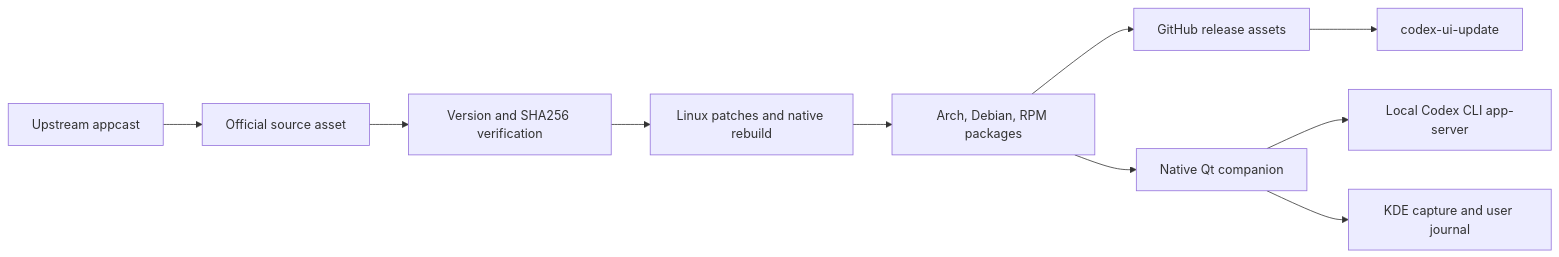
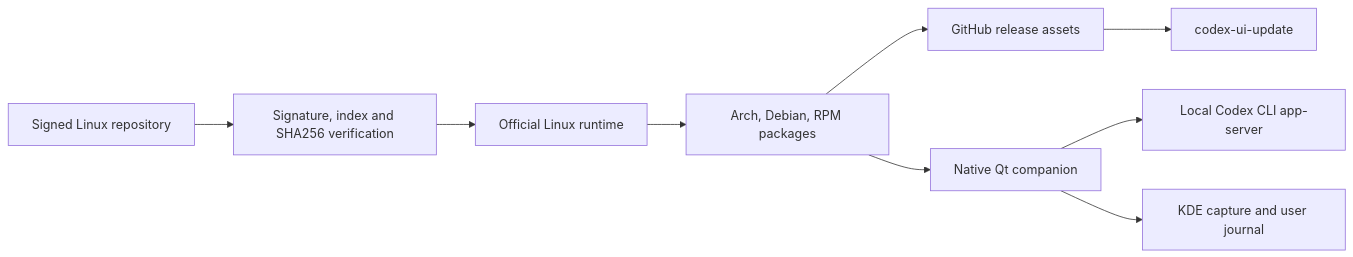
The diagram in arquitectura.md (0xCyberBerserker/codex-id-lab-unofficial), drawn with Mermaid before and after one commit. The commit also changed other lines of this file and 35 other files, not shown here.

Commit message:
feat: adopt official Linux runtime

````diff
--- a/arquitectura.md
+++ b/arquitectura.md
@@ -7,12 +7,11 @@
 ```mermaid
 flowchart LR
-    appcast["Upstream appcast"] --> source["Official source asset"]
-    source --> verify["Version and SHA256 verification"]
-    verify --> patch["Linux patches and native rebuild"]
-    patch --> packages["Arch, Debian, RPM packages"]
+    repository["Signed Linux repository"] --> verify["Signature, index and SHA256 verification"]
+    verify --> source["Official Linux runtime"]
+    source --> packages["Arch, Debian, RPM packages"]
     packages --> release["GitHub release assets"]
     release --> updater["codex-ui-update"]
     packages --> companion["Native Qt companion"]
     companion --> cli["Local Codex CLI app-server"]
     companion --> desktop["KDE capture and user journal"]
 ```
````
